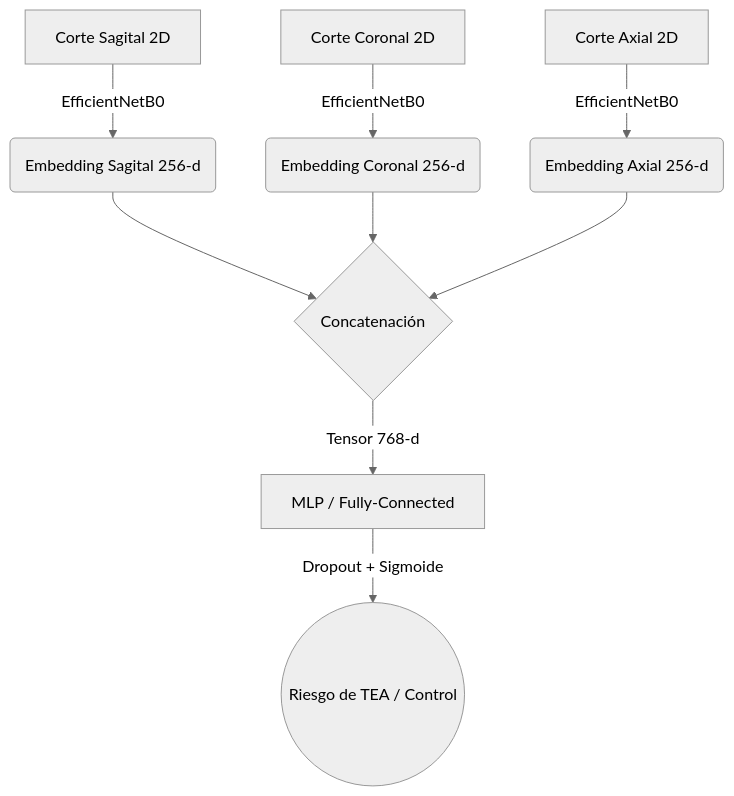
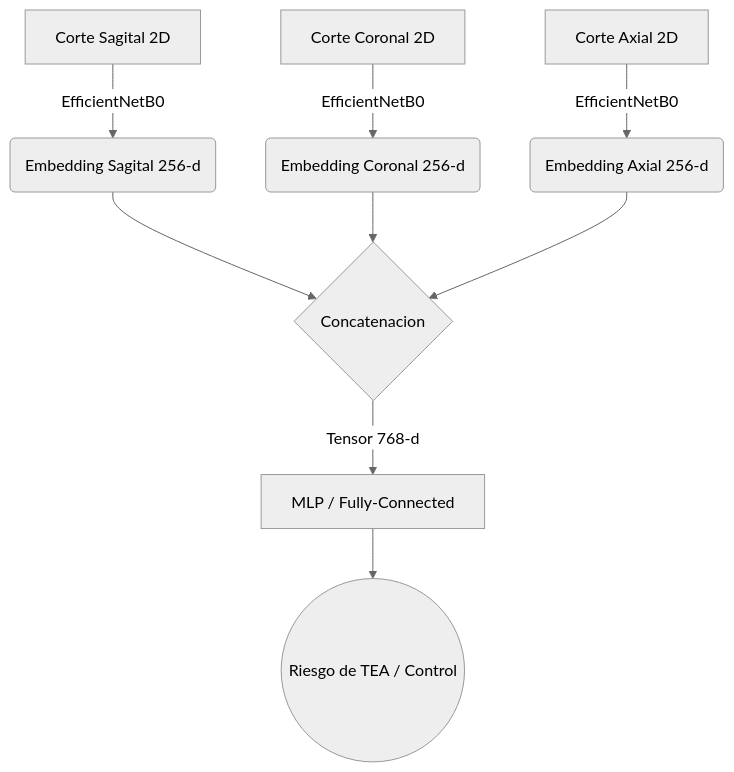
One commit to ErnestoSCL/app_prediccion_autismo_fusion_embeddings changed the diagram in README.md. Above: the diagram before and after it, drawn with Mermaid (neutral theme). The commit also changed other lines of this file, not shown here.

````diff
--- a/README.md
+++ b/README.md
@@ -21,13 +28,13 @@
 ```mermaid
 graph TD
     A[Corte Sagital 2D] -->|EfficientNetB0| D(Embedding Sagital 256-d)
     B[Corte Coronal 2D] -->|EfficientNetB0| E(Embedding Coronal 256-d)
     C[Corte Axial 2D] -->|EfficientNetB0| F(Embedding Axial 256-d)
 
-    D --> G{Concatenación}
+    D --> G{Concatenacion}
     E --> G
     F --> G
 
     G -->|Tensor 768-d| H[MLP / Fully-Connected]
-    H -->|Dropout + Sigmoide| I((Riesgo de TEA / Control))
+    H --> I((Riesgo de TEA / Control))
 ```
````
